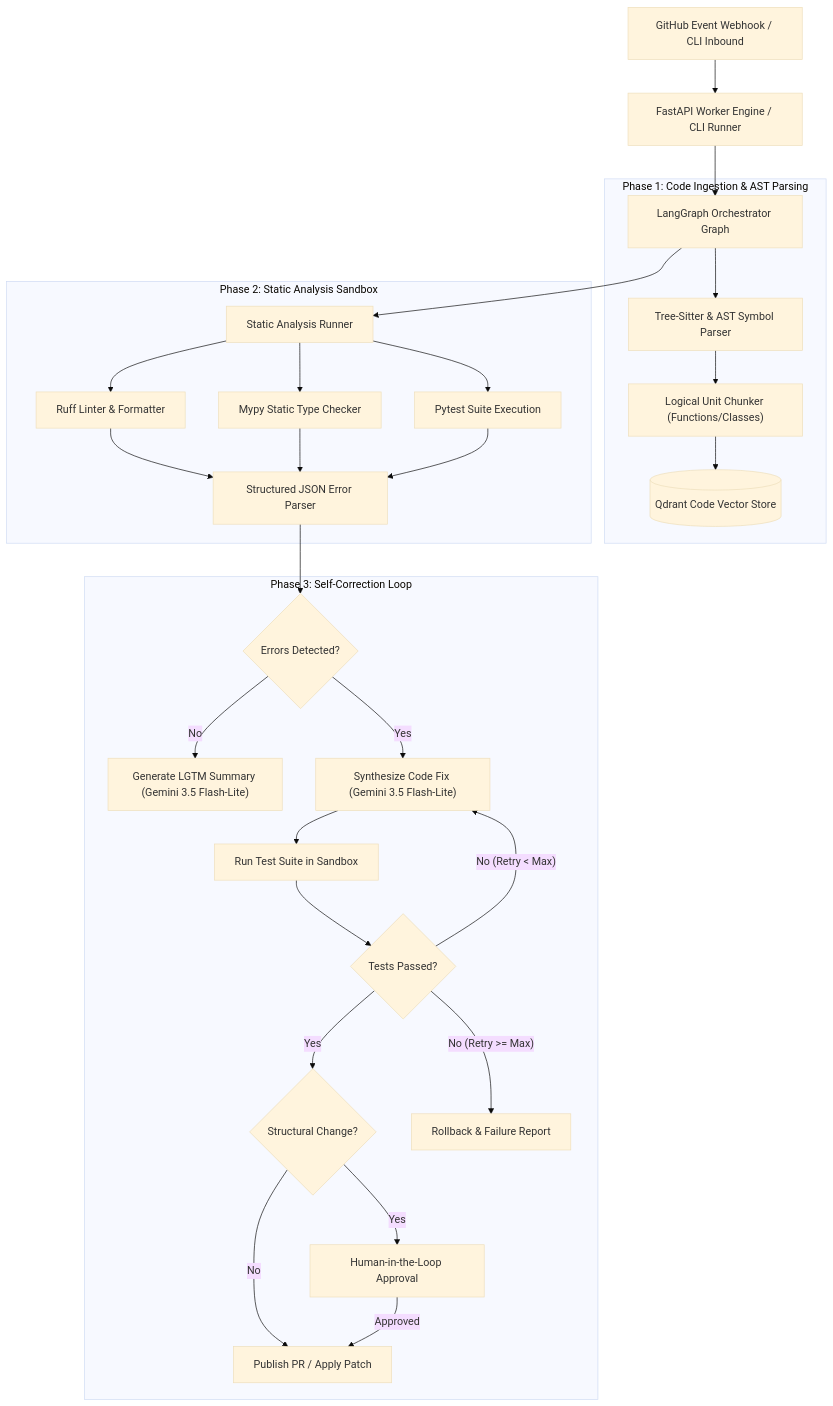
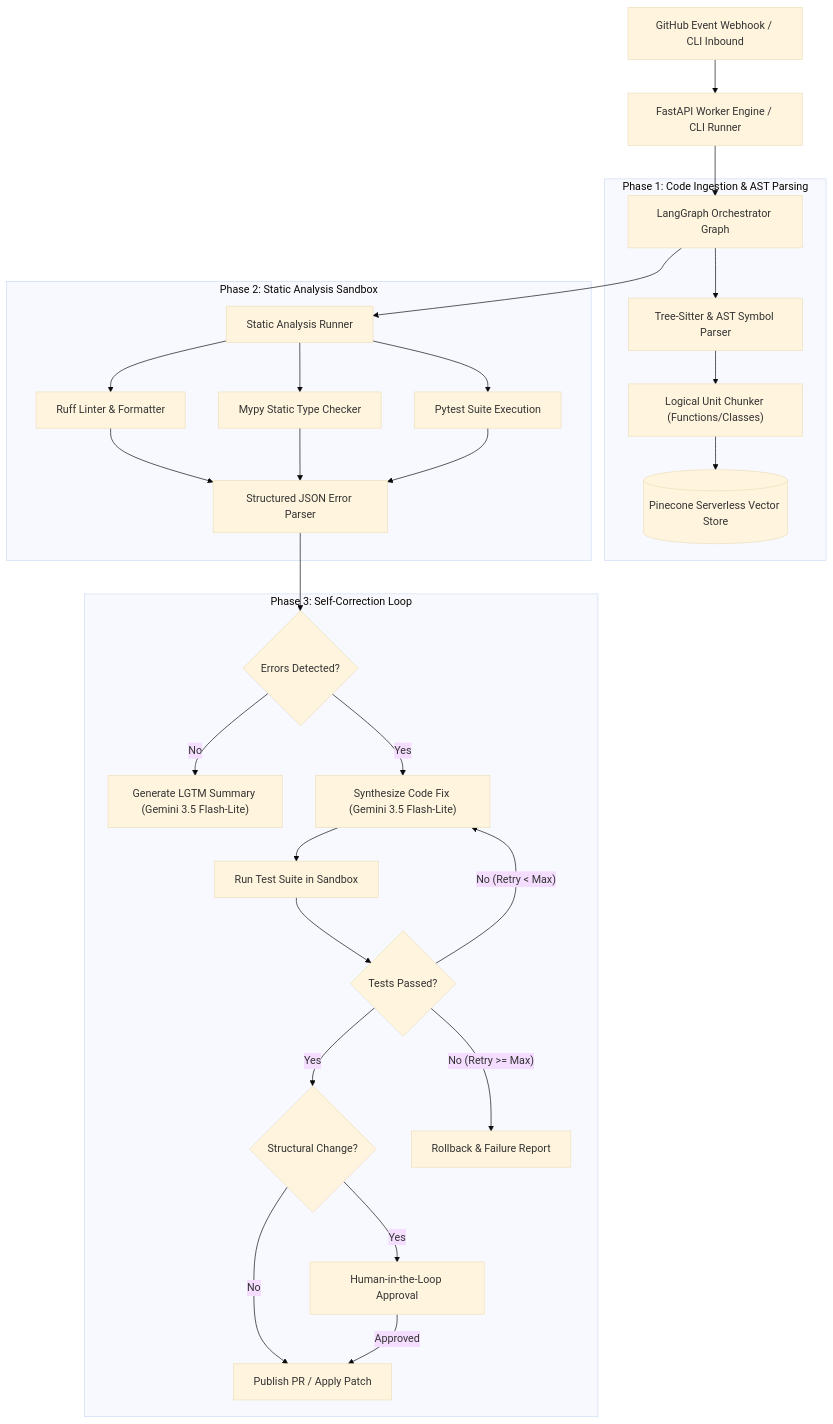
The first of 2 diagrams in README.md (actions-marketplace-validations/aneeshmathew_CodeReviewArchitecturalAgent), drawn with Mermaid (base theme) before and after one commit. The commit also changed other lines of this file and 11 other files, not shown here.

````diff
--- a/README.md
+++ b/README.md
@@ -26,33 +26,33 @@
 ```mermaid
 flowchart TD
     A["GitHub Event Webhook / CLI Inbound"] --> B["FastAPI Worker Engine / CLI Runner"]
     B --> C["LangGraph Orchestrator Graph"]
 
     subgraph "Phase 1: Code Ingestion & AST Parsing"
         C --> D["Tree-Sitter & AST Symbol Parser"]
         D --> E["Logical Unit Chunker (Functions/Classes)"]
-        E --> F[("Qdrant Code Vector Store")]
+        E --> F[("Pinecone Serverless Vector Store")]
     end
 
     subgraph "Phase 2: Static Analysis Sandbox"
         C --> G["Static Analysis Runner"]
         G --> H["Ruff Linter & Formatter"]
         G --> I["Mypy Static Type Checker"]
         G --> J["Pytest Suite Execution"]
         H & I & J --> K["Structured JSON Error Parser"]
     end
 
     subgraph "Phase 3: Self-Correction Loop"
         K --> L{"Errors Detected?"}
         L -- No --> M["Generate LGTM Summary (Gemini 3.5 Flash-Lite)"]
         L -- Yes --> N["Synthesize Code Fix (Gemini 3.5 Flash-Lite)"]
         N --> O["Run Test Suite in Sandbox"]
         O --> P{"Tests Passed?"}
         P -- Yes --> Q{"Structural Change?"}
         Q -- Yes --> R["Human-in-the-Loop Approval"]
         Q -- No --> S["Publish PR / Apply Patch"]
         R -- Approved --> S
         P -- "No (Retry < Max)" --> N
         P -- "No (Retry >= Max)" --> T["Rollback & Failure Report"]
     end
 ```
````
